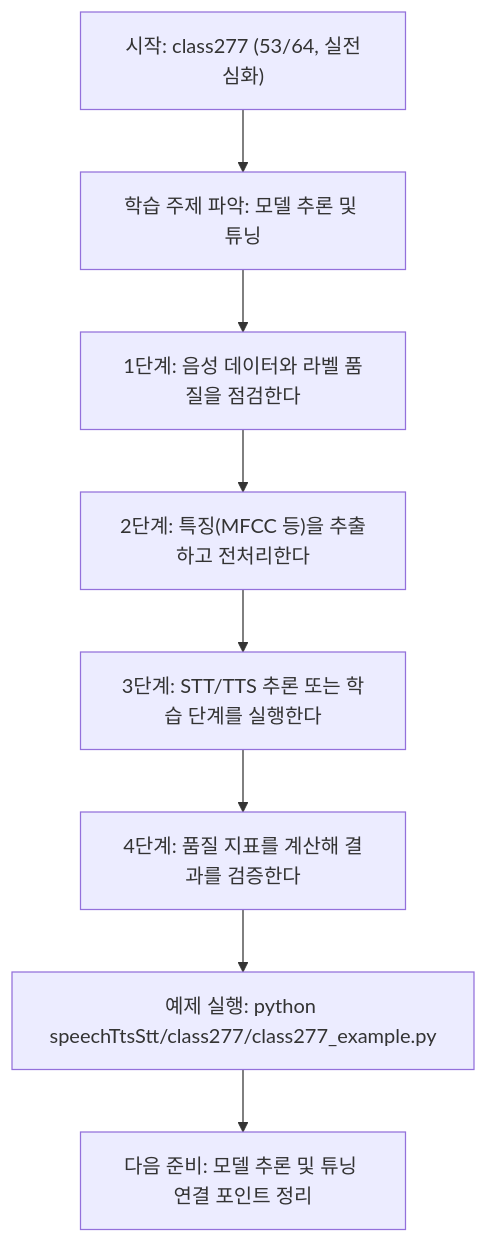
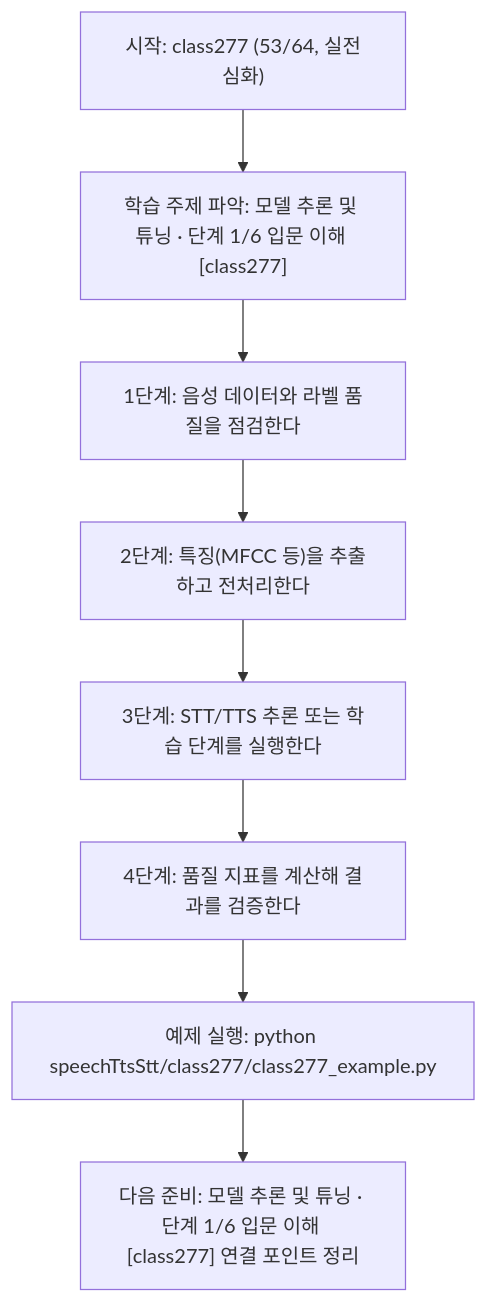
One commit to edumgt/Python-AI_Agent-Class changed the diagram in speechTtsStt/class277/class277.md. Above: the diagram before and after it, drawn with Mermaid. The commit also changed other lines of this file and 522 other files, not shown here.

````diff
--- a/speechTtsStt/class277/class277.md
+++ b/speechTtsStt/class277/class277.md
@@ -113,18 +114,18 @@
 ```mermaid
 flowchart TD
 N1["시작: class277 (53/64, 실전심화)"]
-N2["학습 주제 파악: 모델 추론 및 튜닝"]
+N2["학습 주제 파악: 모델 추론 및 튜닝 · 단계 1/6 입문 이해 [class277]"]
 N3["1단계: 음성 데이터와 라벨 품질을 점검한다"]
 N4["2단계: 특징(MFCC 등)을 추출하고 전처리한다"]
 N5["3단계: STT/TTS 추론 또는 학습 단계를 실행한다"]
 N6["4단계: 품질 지표를 계산해 결과를 검증한다"]
 N7["예제 실행: python speechTtsStt/class277/class277_example.py"]
-N8["다음 준비: 모델 추론 및 튜닝 연결 포인트 정리"]
+N8["다음 준비: 모델 추론 및 튜닝 · 단계 1/6 입문 이해 [class277] 연결 포인트 정리"]
 N1 --> N2
 N2 --> N3
 N3 --> N4
 N4 --> N5
 N5 --> N6
 N6 --> N7
 N7 --> N8
 ```
````
